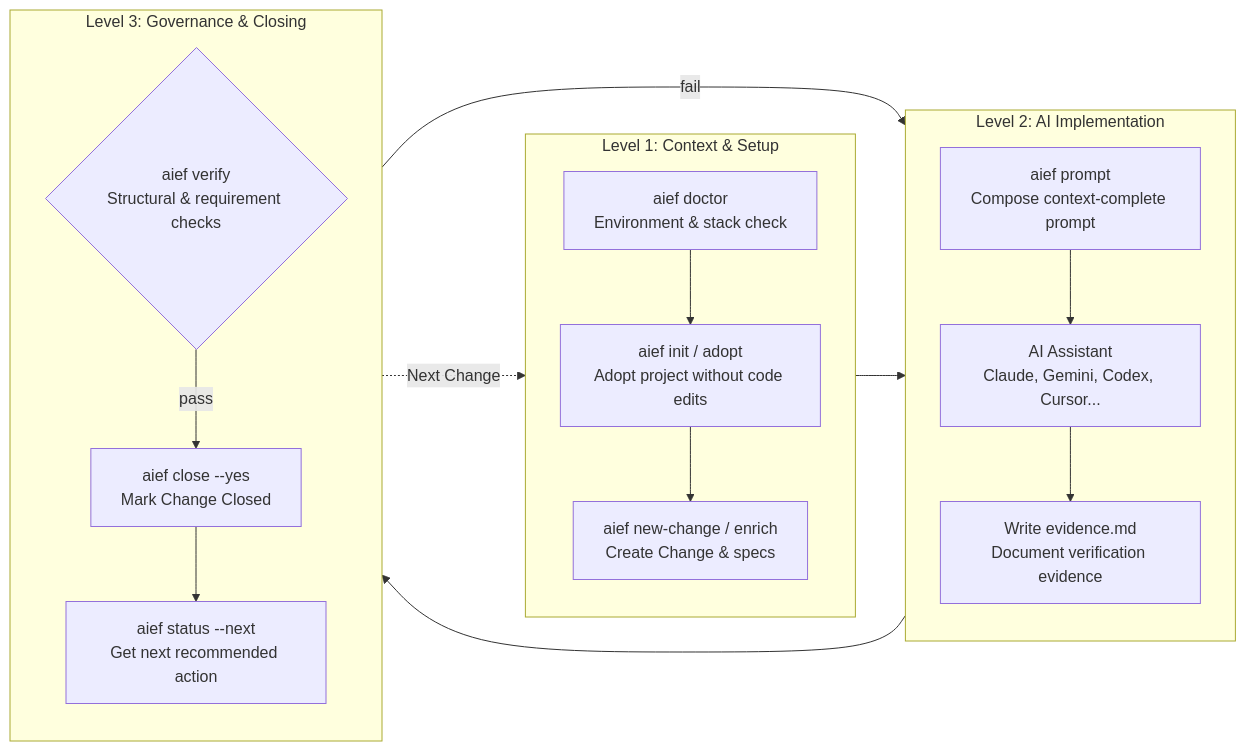
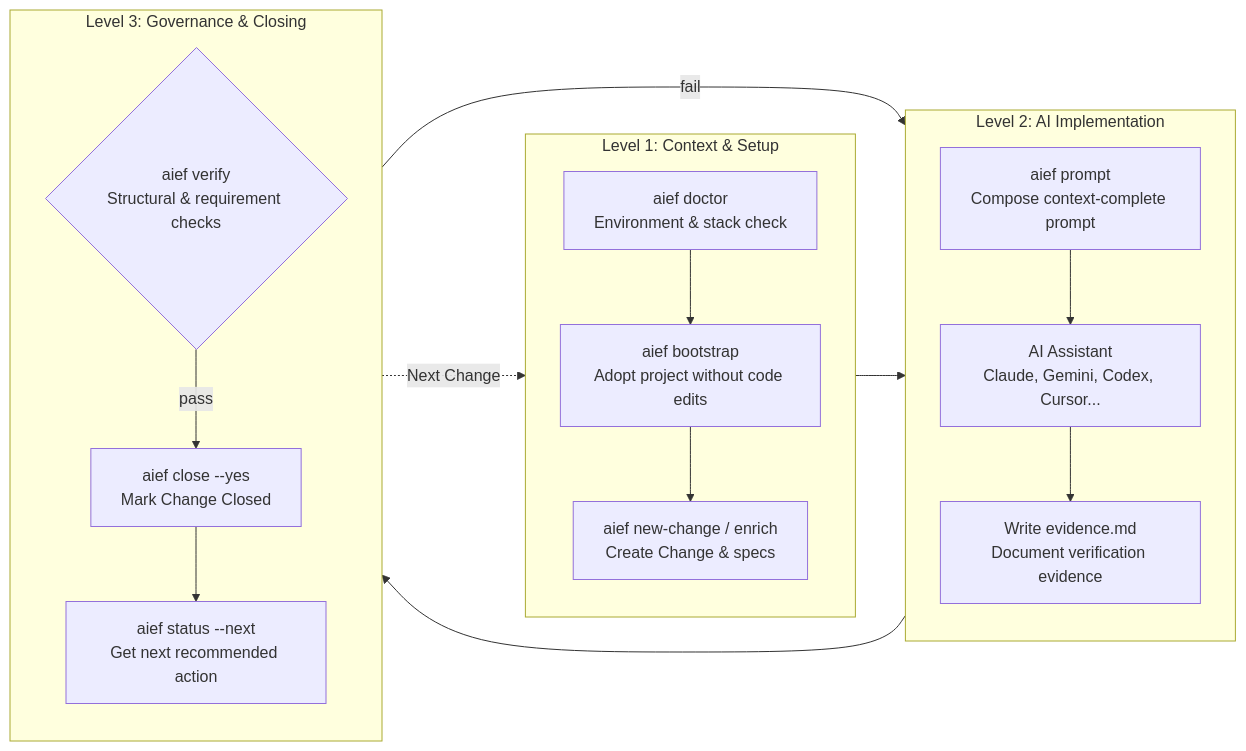
One commit to avazquezmaza/aief-next changed the diagram in README.md. Above: the diagram before and after it, drawn with Mermaid. The commit also changed other lines of this file and 15 other files, not shown here.

First line of the commit message:
Add aief bootstrap, replacing init/adopt (AIEF 3.1, Change 0052)

````diff
--- a/README.md
+++ b/README.md
@@ -48,26 +48,26 @@
 ```mermaid
 flowchart LR
     subgraph L1["Level 1: Context & Setup"]
         direction TB
-        A["aief doctor<br/>Environment & stack check"] --> B["aief init / adopt<br/>Adopt project without code edits"]
+        A["aief doctor<br/>Environment & stack check"] --> B["aief bootstrap<br/>Adopt project without code edits"]
         B --> C["aief new-change / enrich<br/>Create Change & specs"]
     end
 
     subgraph L2["Level 2: AI Implementation"]
         direction TB
         D["aief prompt<br/>Compose context-complete prompt"] --> E["AI Assistant<br/>Claude, Gemini, Codex, Cursor..."]
         E --> F["Write evidence.md<br/>Document verification evidence"]
     end
 
     subgraph L3["Level 3: Governance & Closing"]
         direction TB
         G{"aief verify<br/>Structural & requirement checks"}
         G -->|fail| D
         G -->|pass| H["aief close --yes<br/>Mark Change Closed"]
         H --> I["aief status --next<br/>Get next recommended action"]
     end
 
     C --> D
     F --> G
     I -.->|Next Change| C
 ```
````
